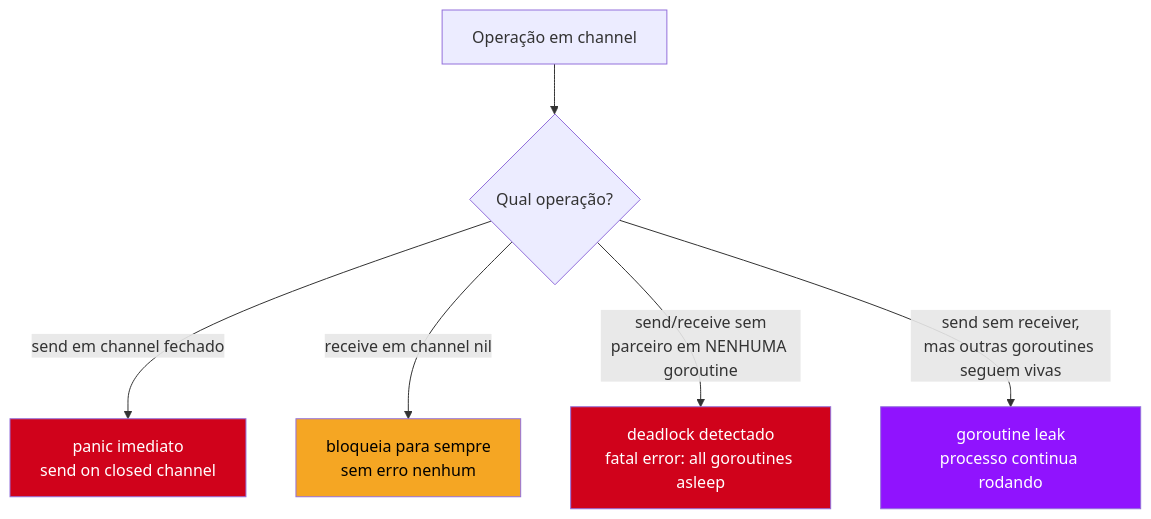
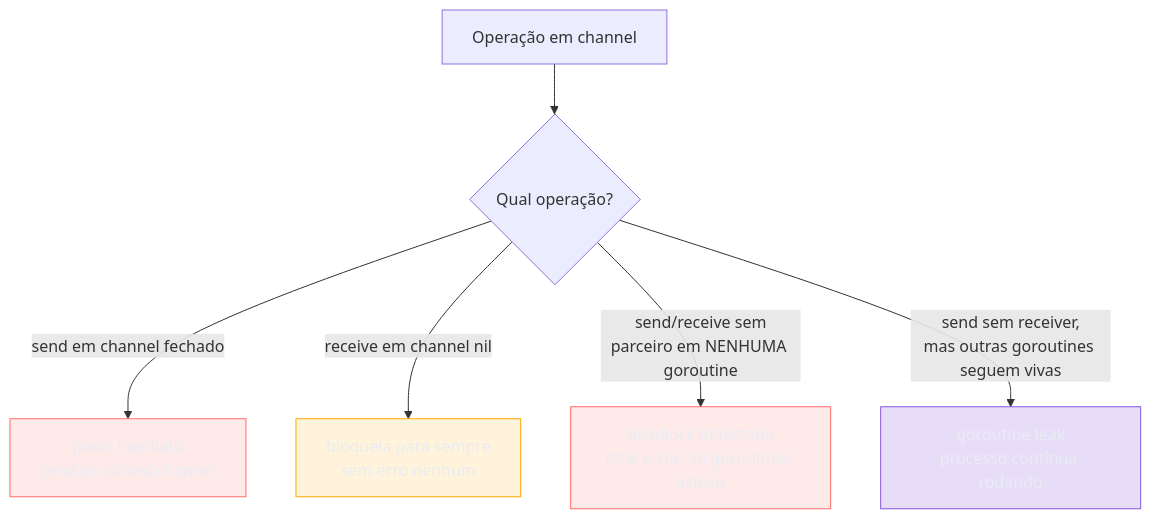
One commit to josenaldo/codex-technomanticus changed the first of 4 diagrams in 03-Dominios/Tecnologia/Go/08 - Channels e select/08 - Armadilhas de channels.md. Above: the diagram before and after it, drawn with Mermaid. The commit also changed other lines of this file and 1181 other files, not shown here.

First line of the commit message:
fix(diagramas): paleta do sistema no lugar de cor cravada no markdown

````diff
--- a/03-Dominios/Tecnologia/Go/08 - Channels e select/08 - Armadilhas de channels.md
+++ b/03-Dominios/Tecnologia/Go/08 - Channels e select/08 - Armadilhas de channels.md
@@ -58,13 +58,16 @@
 ```mermaid
 flowchart TD
+    classDef falha fill:#FF6B6B24,stroke:#FF6B6B,color:#E9ECF2
+    classDef destaque fill:#FFAA0024,stroke:#FFAA00,color:#E9ECF2
+    classDef marca fill:#8855DF33,stroke:#8855DF,color:#E9ECF2
     A["Operação em channel"] --> B{"Qual operação?"}
     B -->|"send em channel fechado"| C["panic imediato\nsend on closed channel"]
     B -->|"receive em channel nil"| D["bloqueia para sempre\nsem erro nenhum"]
     B -->|"send/receive sem\nparceiro em NENHUMA goroutine"| E["deadlock detectado\nfatal error: all goroutines asleep"]
     B -->|"send sem receiver,\nmas outras goroutines seguem vivas"| F["goroutine leak\nprocesso continua rodando"]
 
-    style C fill:#D0021B,color:#fff
-    style D fill:#F5A623,color:#000
-    style E fill:#D0021B,color:#fff
-    style F fill:#9013FE,color:#fff
+    class C falha
+    class D destaque
+    class E falha
+    class F marca
 ```
````
